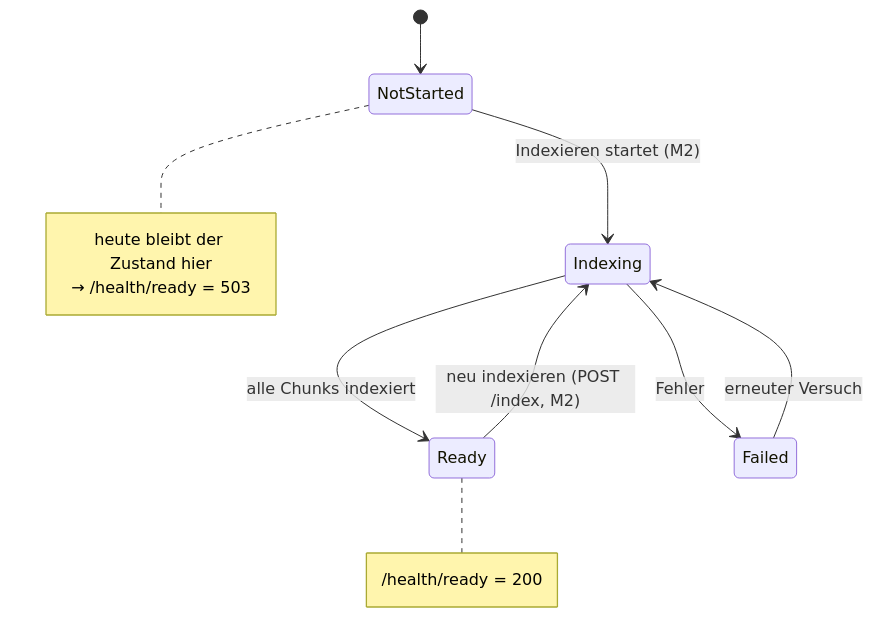
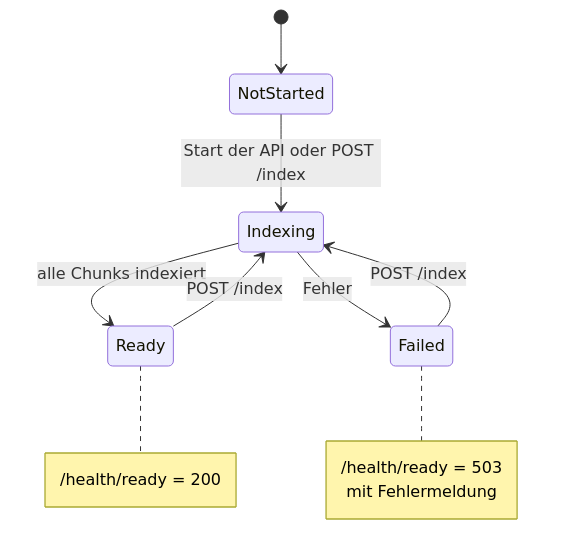
One commit to MyOnlineRepo/RAG-API changed the seventh of 10 diagrams in README.md. Above: the diagram before and after it, drawn with Mermaid. The commit also changed other lines of this file and 3 other files, not shown here.

````diff
--- a/README.md
+++ b/README.md
@@ -150,12 +209,12 @@
 ```mermaid
 stateDiagram-v2
     [*] --> NotStarted
-    NotStarted --> Indexing: Indexieren startet (M2)
+    NotStarted --> Indexing: Start der API oder POST /index
     Indexing --> Ready: alle Chunks indexiert
     Indexing --> Failed: Fehler
-    Ready --> Indexing: neu indexieren (POST /index, M2)
-    Failed --> Indexing: erneuter Versuch
+    Ready --> Indexing: POST /index
+    Failed --> Indexing: POST /index
 
-    note right of NotStarted: heute bleibt der Zustand hier<br/>→ /health/ready = 503
     note right of Ready: /health/ready = 200
+    note right of Failed: /health/ready = 503<br/>mit Fehlermeldung
 ```
````
